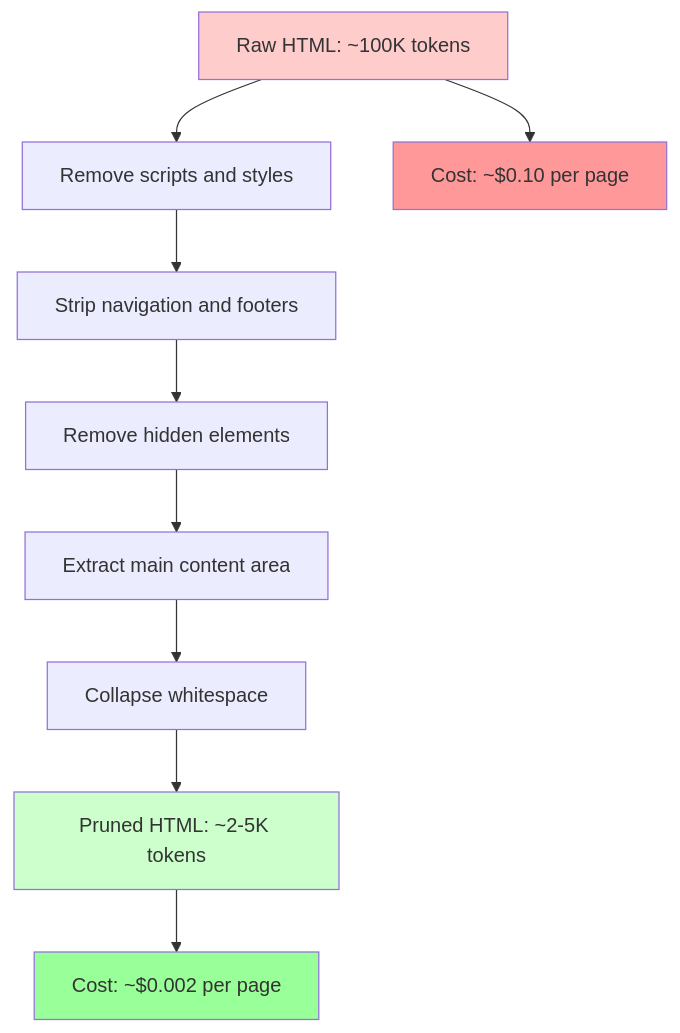
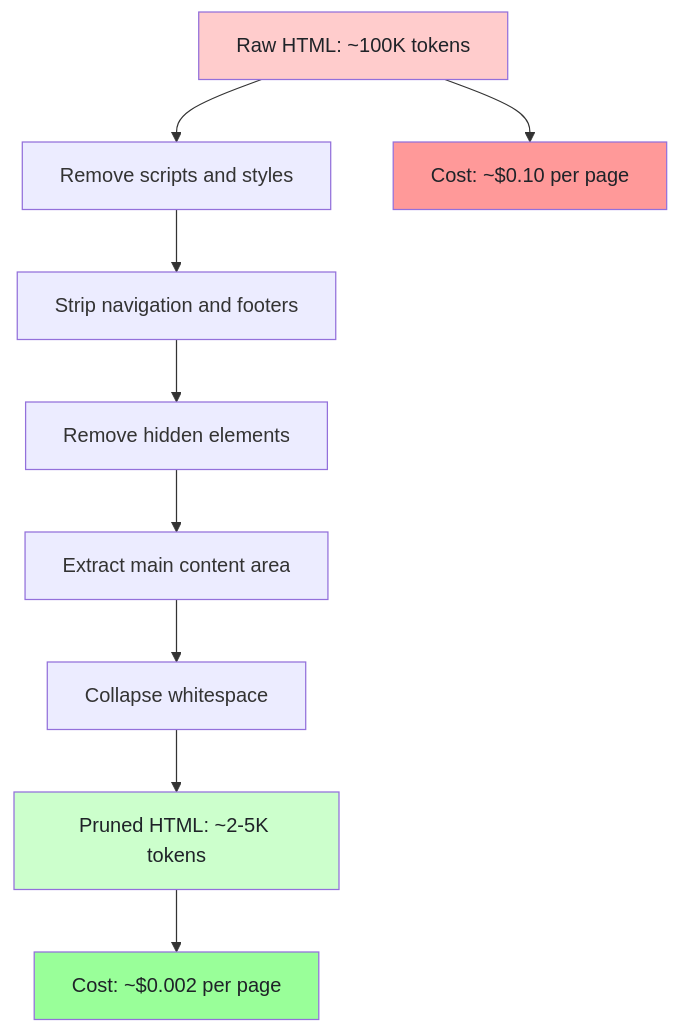
One commit to bytetunnels/bytetunnels.github.com changed the second of 5 diagrams in _posts/2026-02-20-llm-powered-data-extraction-schema-driven-scraping-with-structured-output.md. Above: the diagram before and after it, drawn with Mermaid. The commit also changed other lines of this file and 118 other files, not shown here.

Commit message:
feat: improve diagram styling and compact wide flowcharts

````diff
--- a/_posts/2026-02-20-llm-powered-data-extraction-schema-driven-scraping-with-structured-output.md
+++ b/_posts/2026-02-20-llm-powered-data-extraction-schema-driven-scraping-with-structured-output.md
@@ -192,17 +192,17 @@
 ```mermaid
 graph TD
     A["Raw HTML: ~100K tokens"] --> B["Remove scripts and styles"]
     B --> C["Strip navigation and footers"]
     C --> D["Remove hidden elements"]
     D --> E["Extract main content area"]
     E --> F["Collapse whitespace"]
     F --> G["Pruned HTML: ~2-5K tokens"]
 
     A --> H["Cost: ~$0.10 per page"]
     G --> I["Cost: ~$0.002 per page"]
 
-    style A fill:#ffcccc
-    style G fill:#ccffcc
-    style H fill:#ff9999
-    style I fill:#99ff99
+    style A fill:#ffcccc,color:#1f2328
+    style G fill:#ccffcc,color:#1f2328
+    style H fill:#ff9999,color:#1f2328
+    style I fill:#99ff99,color:#1f2328
 ```
````
